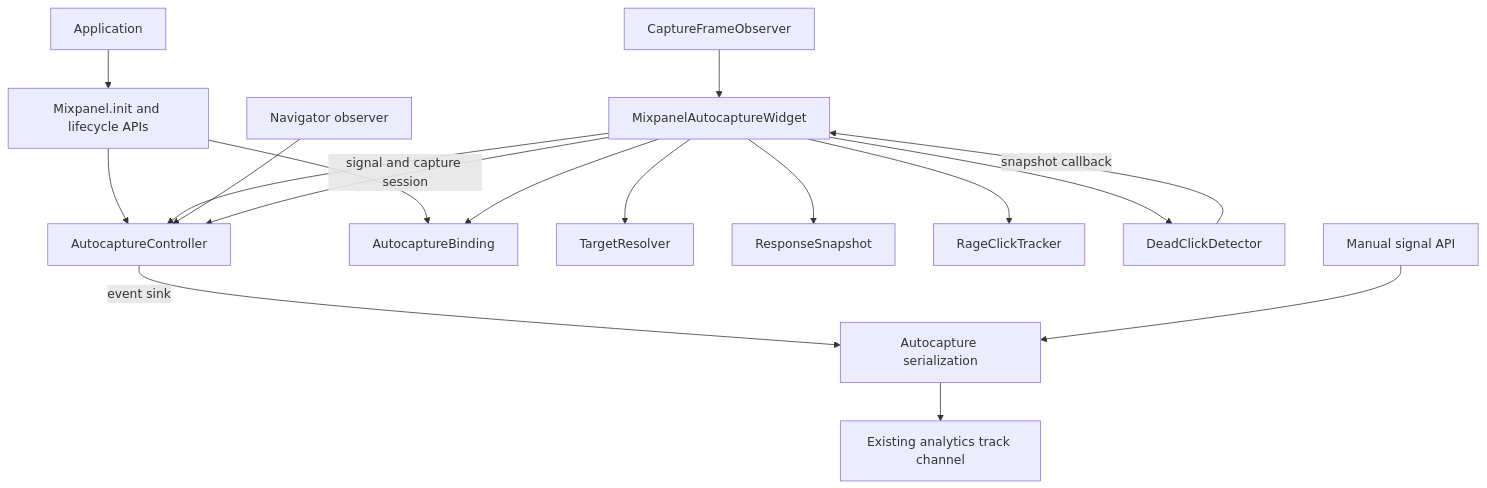
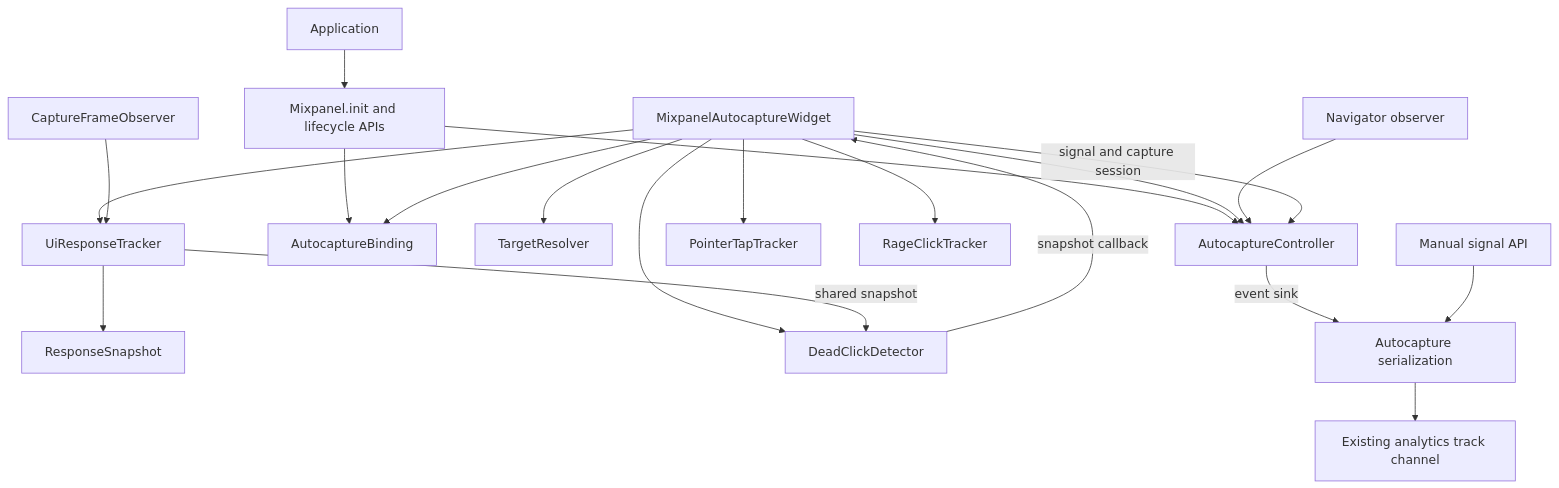
One commit to mixpanel/mixpanel-flutter changed the diagram in docs/SDK30_ARCHITECTURE.md. Above: the diagram before and after it, drawn with Mermaid. The commit also changed other lines of this file and 19 other files, not shown here.

````diff
--- a/docs/SDK30_ARCHITECTURE.md
+++ b/docs/SDK30_ARCHITECTURE.md
@@ -43,19 +47,22 @@
 ```mermaid
 flowchart TD
     App[Application] --> SDK[Mixpanel.init and lifecycle APIs]
     SDK --> Controller[AutocaptureController]
     SDK --> Binding[AutocaptureBinding]
     Wrapper[MixpanelAutocaptureWidget] --> Binding
     Wrapper --> Controller
     Nav[Navigator observer] --> Controller
     Wrapper --> Resolver[TargetResolver]
-    Wrapper --> Snapshot[ResponseSnapshot]
+    Wrapper --> Responses[UiResponseTracker]
+    Responses --> Snapshot[ResponseSnapshot]
+    Wrapper --> Pointer[PointerTapTracker]
     Wrapper --> Rage[RageClickTracker]
     Wrapper --> Dead[DeadClickDetector]
-    Frames[CaptureFrameObserver] --> Wrapper
+    Frames[CaptureFrameObserver] --> Responses
+    Responses -->|shared snapshot| Dead
     Dead -->|snapshot callback| Wrapper
     Wrapper -->|signal and capture session| Controller
     Controller -->|event sink| Facade[Autocapture serialization]
     Manual[Manual signal API] --> Facade
     Facade --> Channel[Existing analytics track channel]
 ```
````
